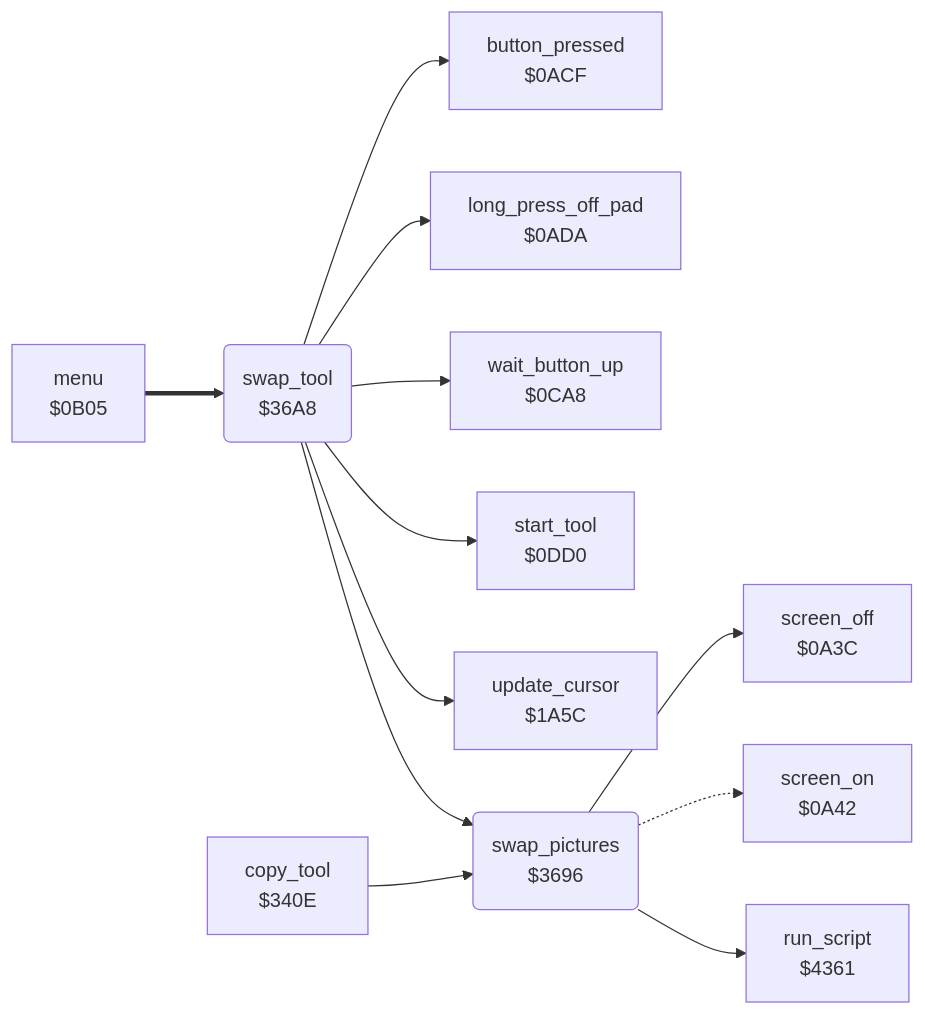
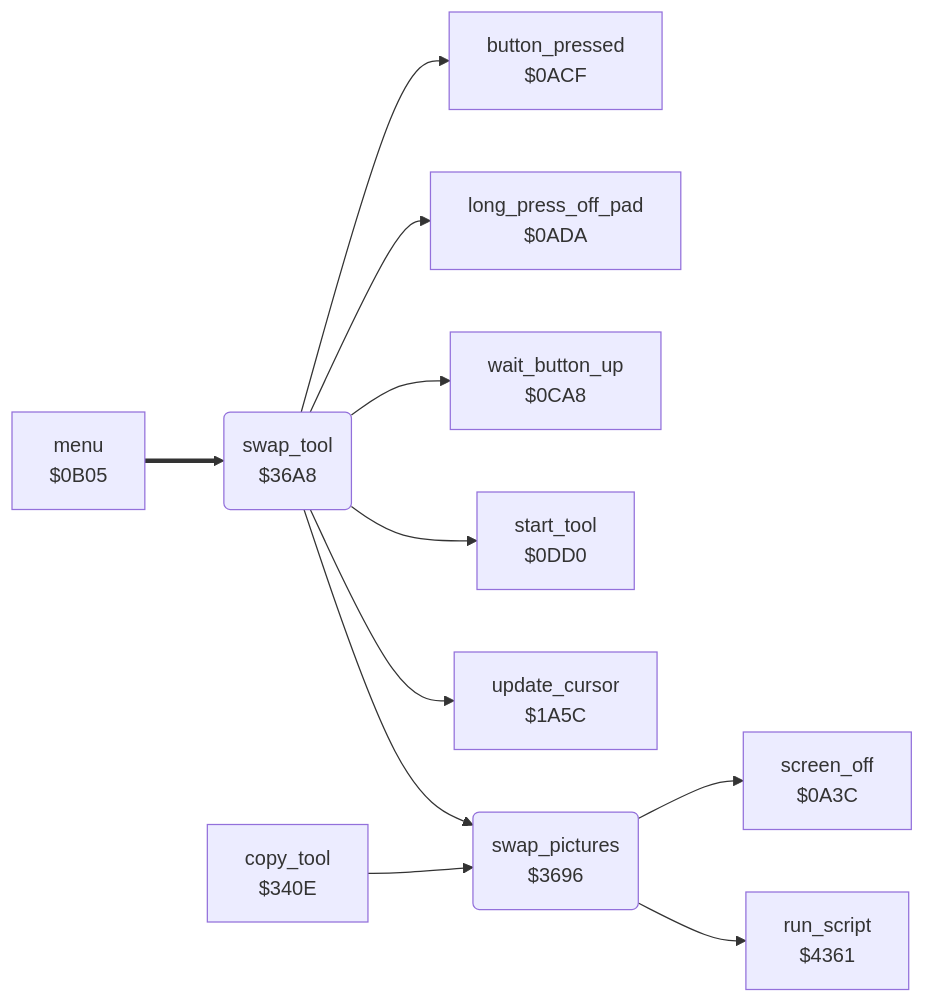
The diagram in koala_painter/v2/docs/reference/modules/tools/swap.md (henols/c64_games), drawn with Mermaid before and after one commit. The commit also changed other lines of this file and 1100 other files, not shown here.

````diff
--- a/koala_painter/v2/docs/reference/modules/tools/swap.md
+++ b/koala_painter/v2/docs/reference/modules/tools/swap.md
@@ -10,26 +23,24 @@
 ```mermaid
 flowchart LR
   n0a3c["screen_off<br/>$0A3C"]
-  n0a42["screen_on<br/>$0A42"]
   n0acf["button_pressed<br/>$0ACF"]
   n0ada["long_press_off_pad<br/>$0ADA"]
   n0b05["menu<br/>$0B05"]
   n0ca8["wait_button_up<br/>$0CA8"]
   n0dd0["start_tool<br/>$0DD0"]
   n1a5c["update_cursor<br/>$1A5C"]
   n340e["copy_tool<br/>$340E"]
   n3696("swap_pictures<br/>$3696")
   n36a8("swap_tool<br/>$36A8")
   n4361["run_script<br/>$4361"]
   n0b05 ==> n36a8
   n340e --> n3696
   n3696 --> n0a3c
-  n3696 -.-> n0a42
   n3696 --> n4361
   n36a8 --> n0acf
   n36a8 --> n0ada
   n36a8 --> n0ca8
   n36a8 --> n0dd0
   n36a8 --> n1a5c
   n36a8 --> n3696
 ```
````
